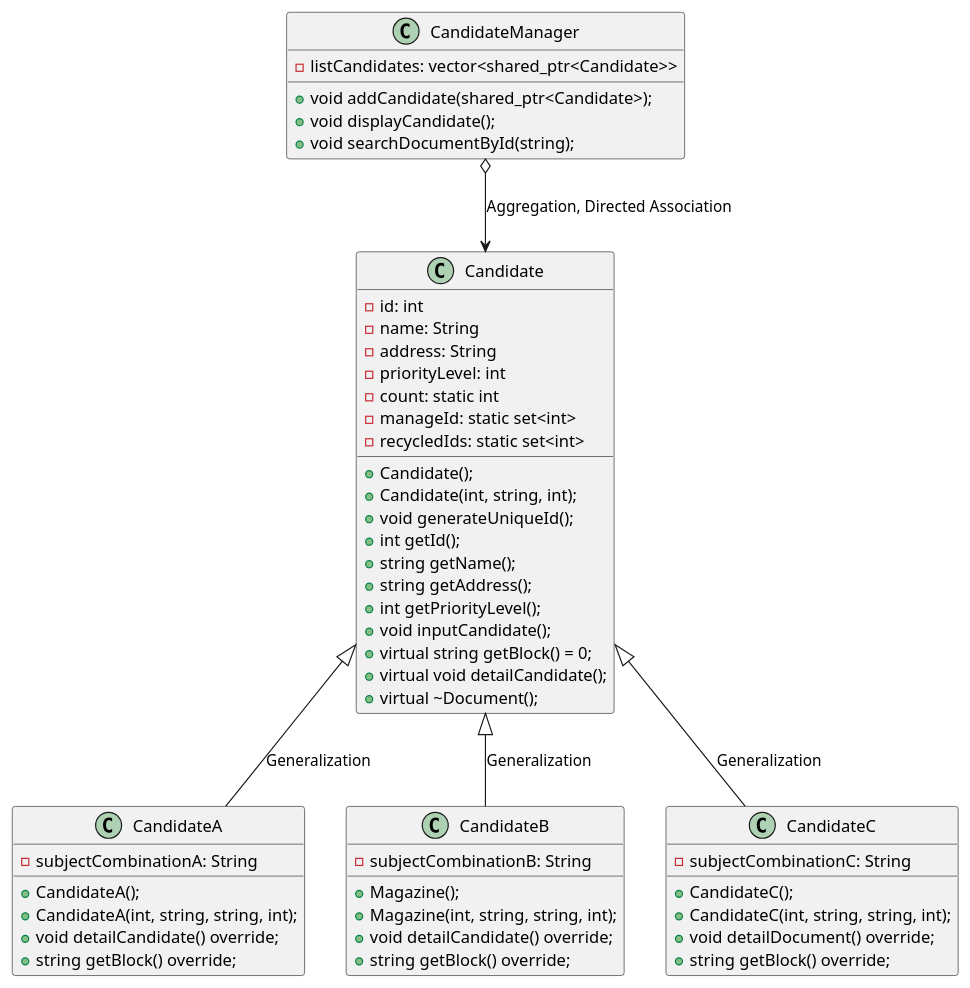
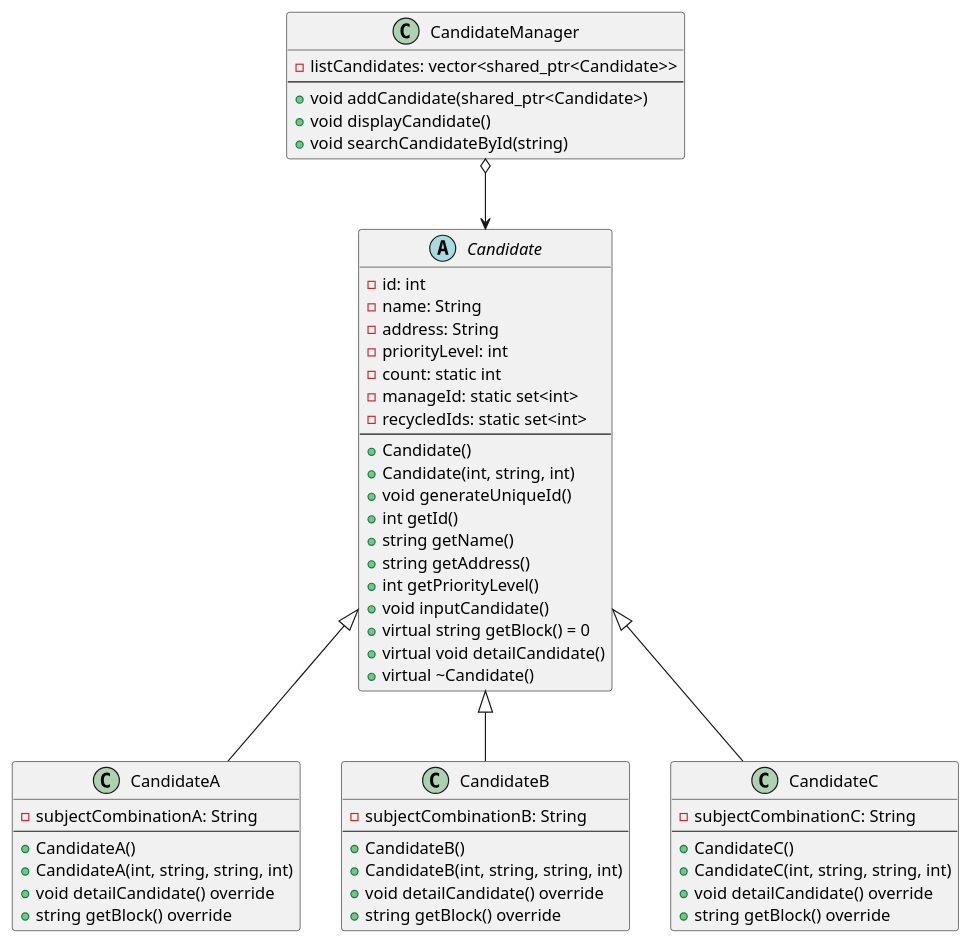
Before and after one commit to baobluebird/Basic-C-Cplusplus: the diagram in .Assigment/OOP/ex3/diagram/diagram.wsd, drawn with PlantUML. The commit also changed 42 other files, not shown here.

```diff
--- a/.Assigment/OOP/ex3/diagram/diagram.wsd
+++ b/.Assigment/OOP/ex3/diagram/diagram.wsd
@@ -1,59 +1,65 @@
 @startuml
 
-class Candidate{
-  - id: int
-  - name: String
-  - address: String
-  - priorityLevel: int
-  - count: static int
-  - manageId: static set<int>
-  - recycledIds: static set<int>
-  + Candidate();
-  + Candidate(int, string, int);
-  + void generateUniqueId();
-  + int getId();
-  + string getName();
-  + string getAddress();
-  + int getPriorityLevel();
-  + void inputCandidate();
-  + virtual string getBlock() = 0;
-  + virtual void detailCandidate();
-  + virtual ~Document();
+abstract class Candidate {
+    - id: int
+    - name: String
+    - address: String
+    - priorityLevel: int
+    - count: static int
+    - manageId: static set<int>
+    - recycledIds: static set<int>
+    --
+    + Candidate()
+    + Candidate(int, string, int)
+    + void generateUniqueId()
+    + int getId()
+    + string getName()
+    + string getAddress()
+    + int getPriorityLevel()
+    + void inputCandidate()
+    + virtual string getBlock() = 0
+    + virtual void detailCandidate()
+    + virtual ~Candidate()
 }
 
-class CandidateA{
-  - subjectCombinationA: String
-  + CandidateA();
-  + CandidateA(int, string, string, int);
-  + void detailCandidate() override;
-  + string getBlock() override;
+class CandidateA {
+    - subjectCombinationA: String
+    --
+    + CandidateA()
+    + CandidateA(int, string, string, int)
+    + void detailCandidate() override
+    + string getBlock() override
 }
 
-class CandidateB{
-  - subjectCombinationB: String
-  + Magazine();
-  + Magazine(int, string, string, int);
-  + void detailCandidate() override;
-  + string getBlock() override;
+class CandidateB {
+    - subjectCombinationB: String
+    --
+    + CandidateB()
+    + CandidateB(int, string, string, int)
+    + void detailCandidate() override
+    + string getBlock() override
 }
 
-class CandidateC{
-  - subjectCombinationC: String
-  + CandidateC();
-  + CandidateC(int, string, string, int);
-  + void detailDocument() override;
-  + string getBlock() override;
+class CandidateC {
+    - subjectCombinationC: String
+    --
+    + CandidateC()
+    + CandidateC(int, string, string, int)
+    + void detailCandidate() override
+    + string getBlock() override
 }
 
 class CandidateManager {
-  - listCandidates: vector<shared_ptr<Candidate>>
-  + void addCandidate(shared_ptr<Candidate>);
-  + void displayCandidate();
-  + void searchDocumentById(string);
+    - listCandidates: vector<shared_ptr<Candidate>>
+    --
+    + void addCandidate(shared_ptr<Candidate>)
+    + void displayCandidate()
+    + void searchCandidateById(string)
 }
 
-Candidate <|-- CandidateA : Generalization 
-Candidate <|-- CandidateB : Generalization 
-Candidate <|-- CandidateC : Generalization 
-CandidateManager o--> Candidate : Aggregation, Directed Association
+Candidate <|-- CandidateA
+Candidate <|-- CandidateB
+Candidate <|-- CandidateC
+CandidateManager o--> Candidate
+
 @enduml
```
